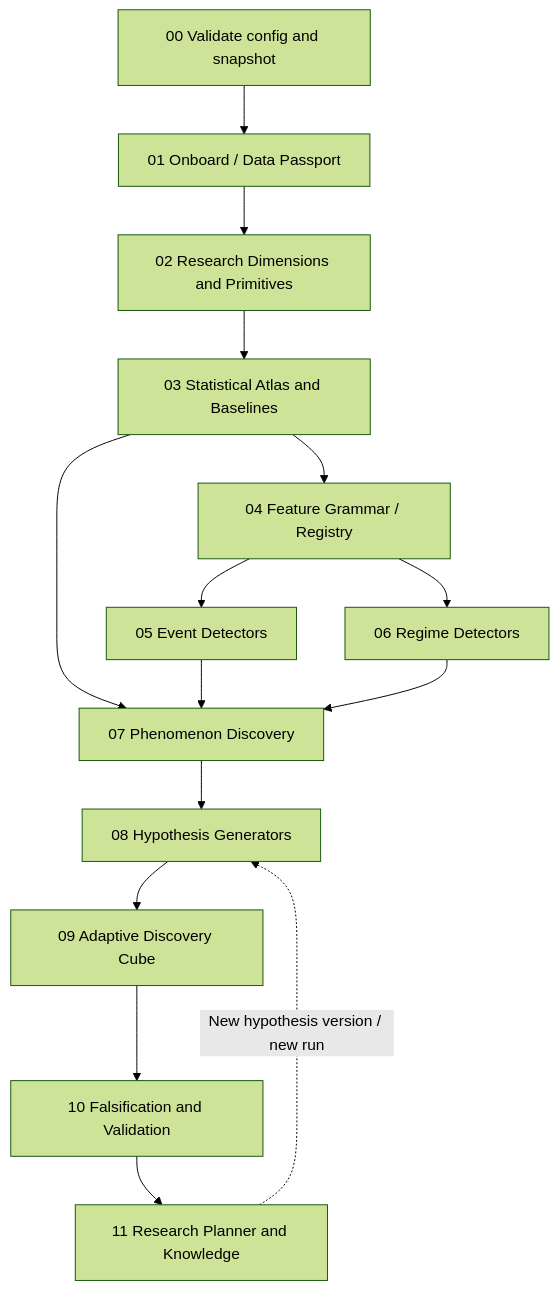
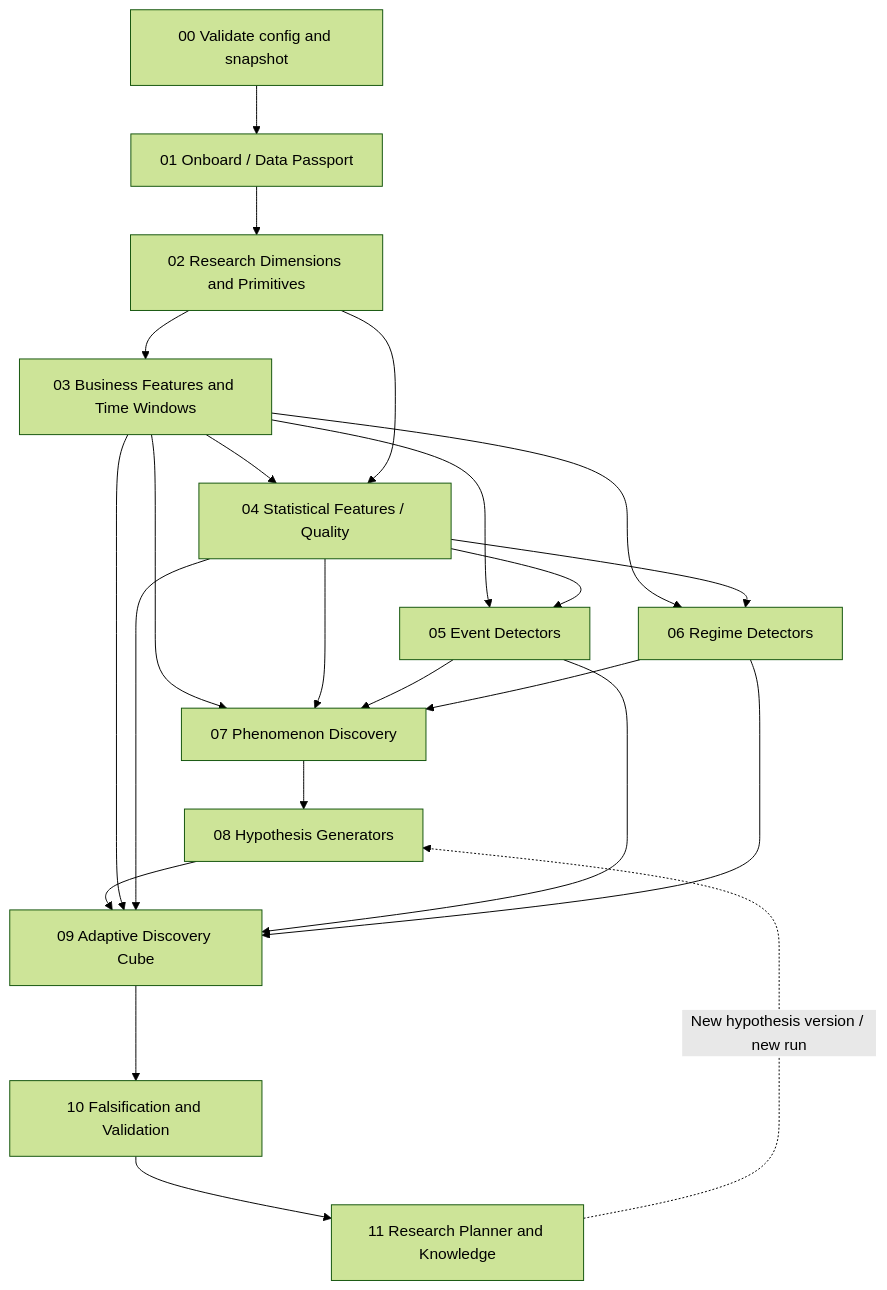
One commit to weekendli/quant_sage changed the second of 2 diagrams in docs/WORKFLOW_STAGES.md. Above: the diagram before and after it, drawn with Mermaid (forest theme). The commit also changed other lines of this file and 92 other files, not shown here.

````diff
--- a/docs/WORKFLOW_STAGES.md
+++ b/docs/WORKFLOW_STAGES.md
@@ -9,17 +60,25 @@
 ```mermaid
 flowchart TD
   S0[00 Validate config and snapshot] --> S1[01 Onboard / Data Passport]
   S1 --> S2[02 Research Dimensions and Primitives]
-  S2 --> S3[03 Statistical Atlas and Baselines]
-  S3 --> S4[04 Feature Grammar / Registry]
-  S4 --> S5[05 Event Detectors]
-  S4 --> S6[06 Regime Detectors]
+  S2 --> S3[03 Business Features and Time Windows]
+  S3 --> S4[04 Statistical Features / Quality]
+  S2 --> S4
+  S3 --> S5[05 Event Detectors]
+  S4 --> S5
+  S3 --> S6[06 Regime Detectors]
+  S4 --> S6
   S3 --> S7[07 Phenomenon Discovery]
+  S4 --> S7
   S5 --> S7
   S6 --> S7
   S7 --> S8[08 Hypothesis Generators]
   S8 --> S9[09 Adaptive Discovery Cube]
+  S3 --> S9
+  S4 --> S9
+  S5 --> S9
+  S6 --> S9
   S9 --> S10[10 Falsification and Validation]
   S10 --> S11[11 Research Planner and Knowledge]
   S11 -. New hypothesis version / new run .-> S8
 ```
````
